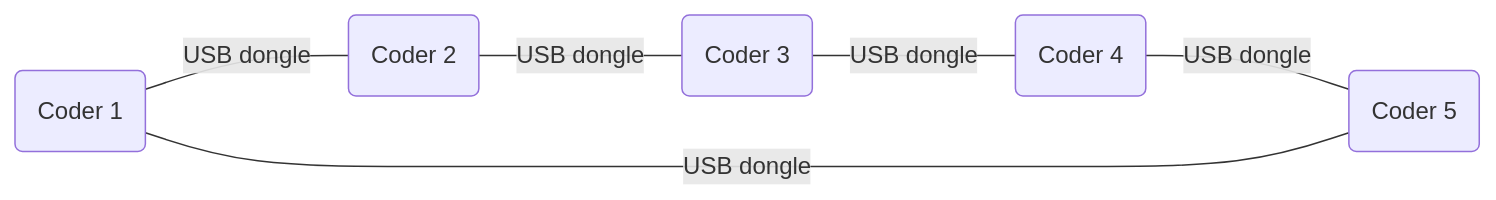
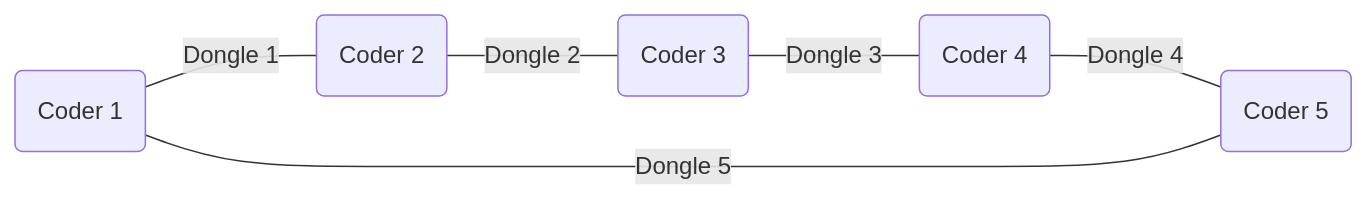
One commit to noemiepi/Codexion changed the diagram in README.md. Above: the diagram before and after it, drawn with Mermaid. The commit also changed other lines of this file, not shown here.

````diff
--- a/README.md
+++ b/README.md
@@ -30,8 +18,8 @@
 ```mermaid
 flowchart LR
-    A(Coder 1) ---|USB dongle| B
-    B(Coder 2) ---|USB dongle| C
-    C(Coder 3) ---|USB dongle| D
-    D(Coder 4) ---|USB dongle| E
-    E(Coder 5) ---|USB dongle| A
+    A(Coder 1) ---|Dongle 1| B
+    B(Coder 2) ---|Dongle 2| C
+    C(Coder 3) ---|Dongle 3| D
+    D(Coder 4) ---|Dongle 4| E
+    E(Coder 5) ---|Dongle 5| A
 ```
````
